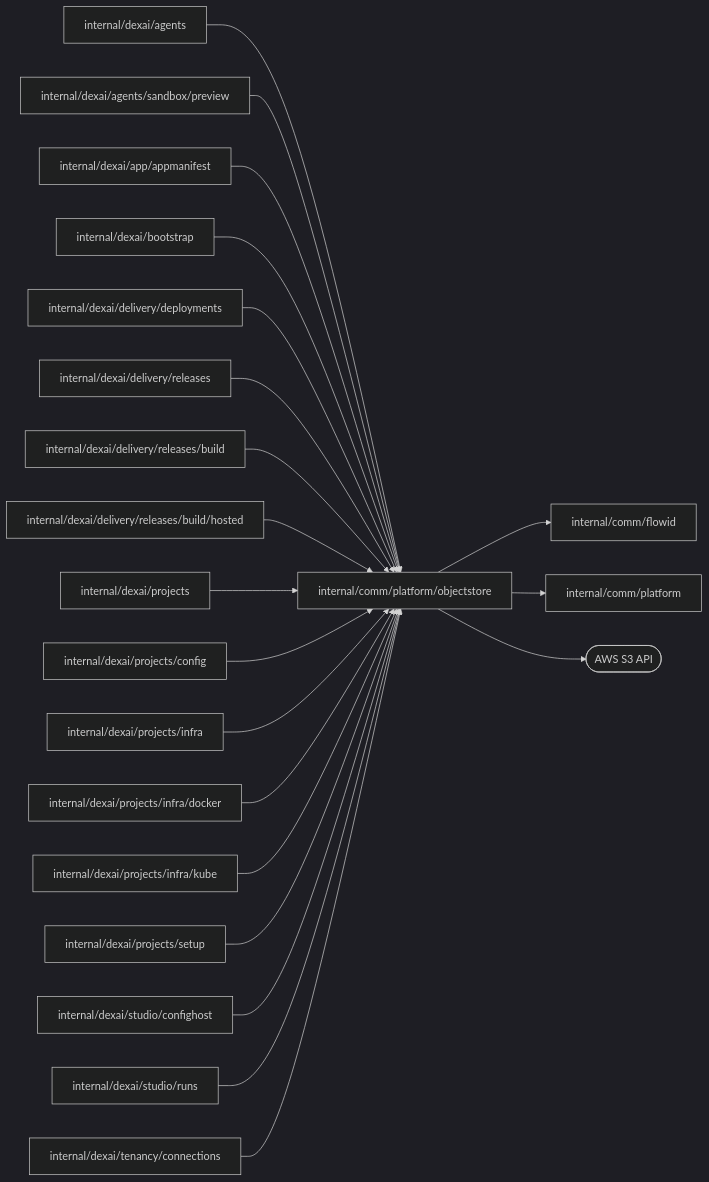
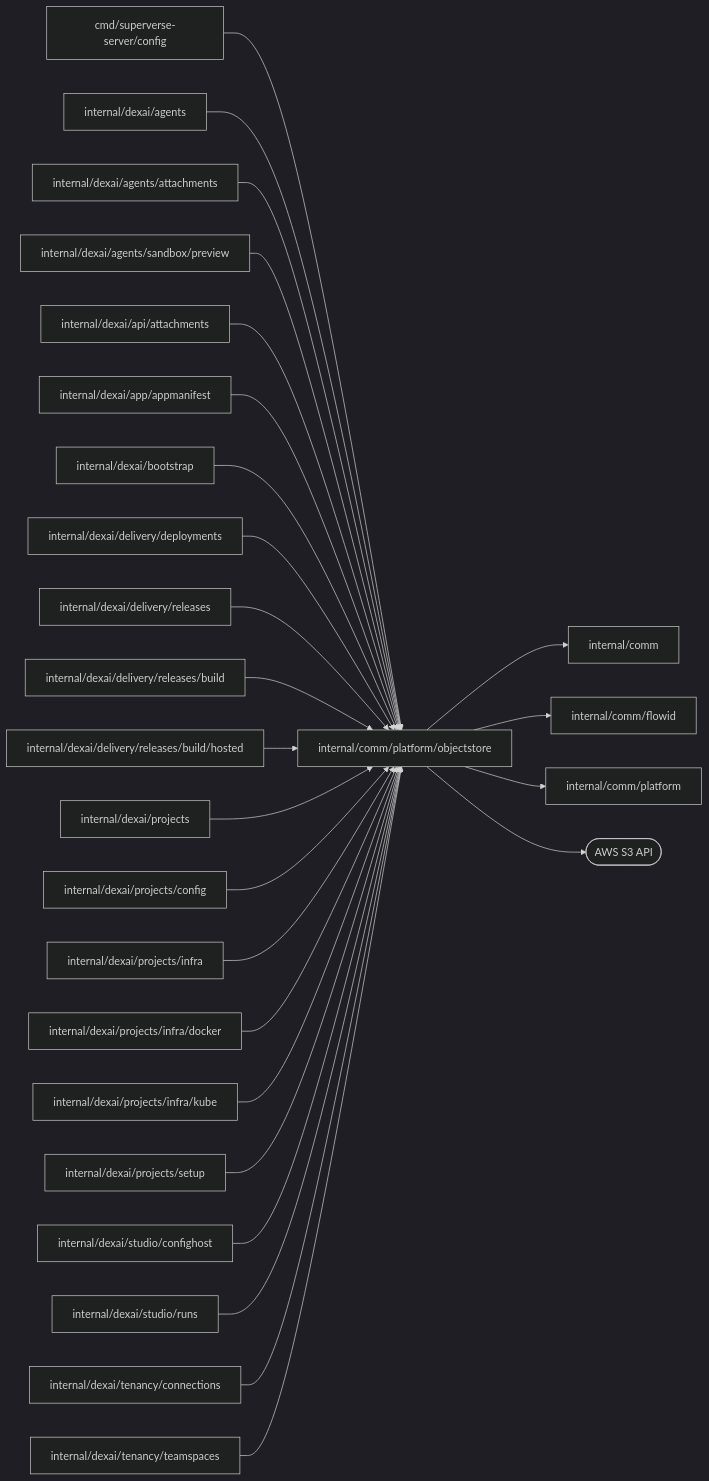
The diagram in internal/comm/platform/objectstore/README.md (superdurable/superverse), drawn with Mermaid (dark theme) before and after one commit. The commit also changed other lines of this file and 259 other files, not shown here.

````diff
--- a/internal/comm/platform/objectstore/README.md
+++ b/internal/comm/platform/objectstore/README.md
@@ -10,24 +10,29 @@
 ```mermaid
 flowchart LR
   self["internal/comm/platform/objectstore"]
-  c0["internal/dexai/agents"] --> self
-  c1["internal/dexai/agents/sandbox/preview"] --> self
-  c2["internal/dexai/app/appmanifest"] --> self
-  c3["internal/dexai/bootstrap"] --> self
-  c4["internal/dexai/delivery/deployments"] --> self
-  c5["internal/dexai/delivery/releases"] --> self
-  c6["internal/dexai/delivery/releases/build"] --> self
-  c7["internal/dexai/delivery/releases/build/hosted"] --> self
-  c8["internal/dexai/projects"] --> self
-  c9["internal/dexai/projects/config"] --> self
-  c10["internal/dexai/projects/infra"] --> self
-  c11["internal/dexai/projects/infra/docker"] --> self
-  c12["internal/dexai/projects/infra/kube"] --> self
-  c13["internal/dexai/projects/setup"] --> self
-  c14["internal/dexai/studio/confighost"] --> self
-  c15["internal/dexai/studio/runs"] --> self
-  c16["internal/dexai/tenancy/connections"] --> self
-  self --> d0["internal/comm/flowid"]
-  self --> d1["internal/comm/platform"]
+  c0["cmd/superverse-server/config"] --> self
+  c1["internal/dexai/agents"] --> self
+  c2["internal/dexai/agents/attachments"] --> self
+  c3["internal/dexai/agents/sandbox/preview"] --> self
+  c4["internal/dexai/api/attachments"] --> self
+  c5["internal/dexai/app/appmanifest"] --> self
+  c6["internal/dexai/bootstrap"] --> self
+  c7["internal/dexai/delivery/deployments"] --> self
+  c8["internal/dexai/delivery/releases"] --> self
+  c9["internal/dexai/delivery/releases/build"] --> self
+  c10["internal/dexai/delivery/releases/build/hosted"] --> self
+  c11["internal/dexai/projects"] --> self
+  c12["internal/dexai/projects/config"] --> self
+  c13["internal/dexai/projects/infra"] --> self
+  c14["internal/dexai/projects/infra/docker"] --> self
+  c15["internal/dexai/projects/infra/kube"] --> self
+  c16["internal/dexai/projects/setup"] --> self
+  c17["internal/dexai/studio/confighost"] --> self
+  c18["internal/dexai/studio/runs"] --> self
+  c19["internal/dexai/tenancy/connections"] --> self
+  c20["internal/dexai/tenancy/teamspaces"] --> self
+  self --> d0["internal/comm"]
+  self --> d1["internal/comm/flowid"]
+  self --> d2["internal/comm/platform"]
   self --> e0(["AWS S3 API"])
 ```
````
